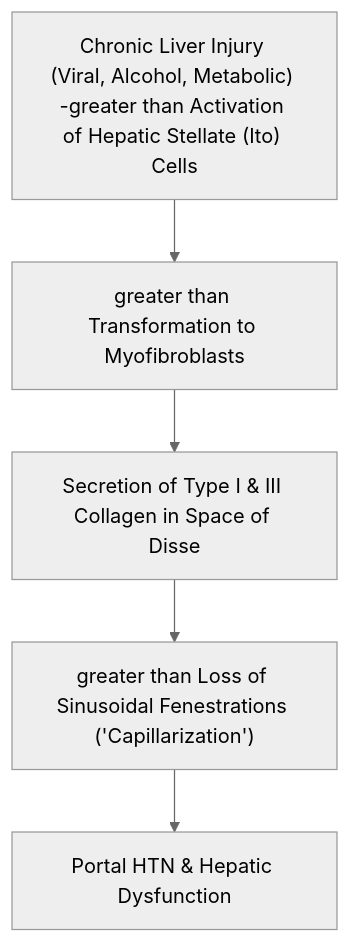
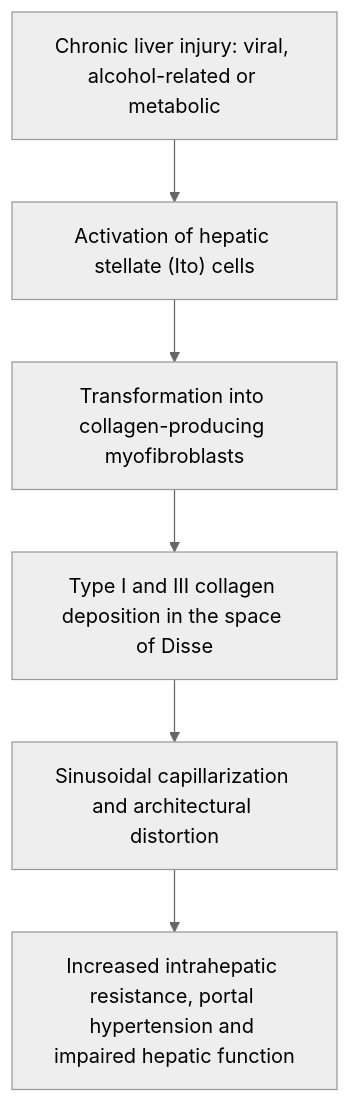
The first of 3 diagrams in Canonical notes/GIT/GIT_Chapter_12A_Hepatic_Injury_Cirrhosis_Metabolic_Diseases.md (kartikswami768/neet-pg), drawn with Mermaid (neutral theme) before and after one commit. The commit also changed other lines of this file and 27 other files, not shown here.

````diff
--- a/Canonical notes/GIT/GIT_Chapter_12A_Hepatic_Injury_Cirrhosis_Metabolic_Diseases.md
+++ b/Canonical notes/GIT/GIT_Chapter_12A_Hepatic_Injury_Cirrhosis_Metabolic_Diseases.md
@@ -33,8 +33,8 @@
 ```mermaid
 flowchart TD
-  A["Chronic Liver Injury (Viral, Alcohol, Metabolic) -greater than Activation of Hepatic Stellate (Ito) Cells"]
-  A --> N1["greater than Transformation to Myofibroblasts"]
-  N1 --> N2["Secretion of Type I & III Collagen in Space of Disse"]
-  N2 --> N3["greater than Loss of Sinusoidal Fenestrations ('Capillarization')"]
-  N3 --> N4["Portal HTN & Hepatic Dysfunction"]
+    A["Chronic liver injury: viral, alcohol-related or metabolic"] --> B["Activation of hepatic stellate (Ito) cells"]
+    B --> C["Transformation into collagen-producing myofibroblasts"]
+    C --> D["Type I and III collagen deposition in the space of Disse"]
+    D --> E["Sinusoidal capillarization and architectural distortion"]
+    E --> F["Increased intrahepatic resistance, portal hypertension and impaired hepatic function"]
 ```
````
